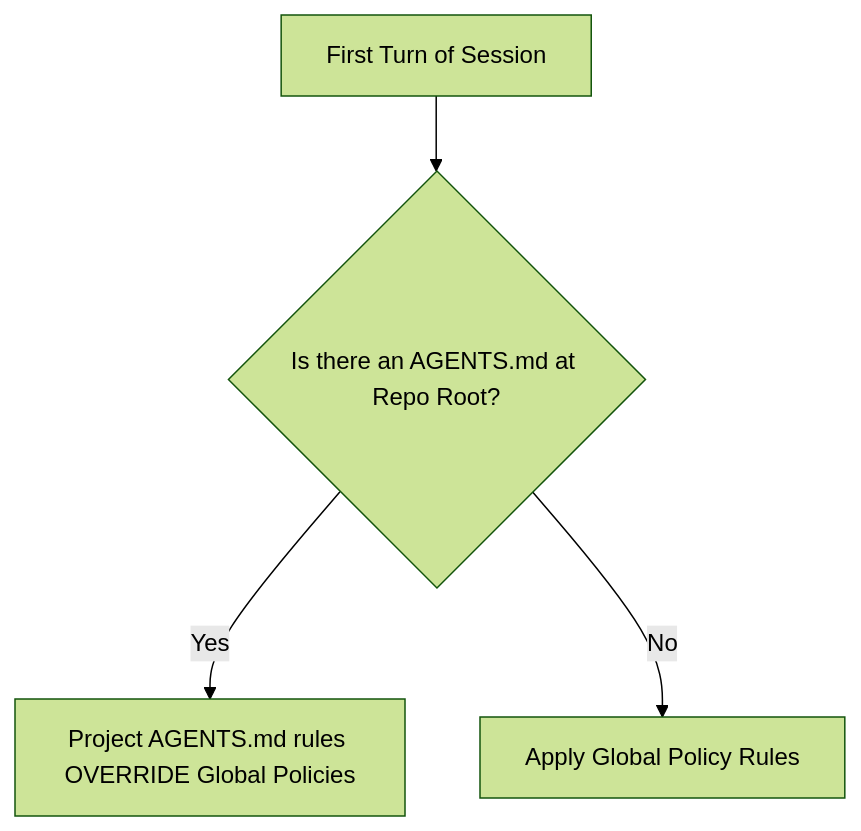
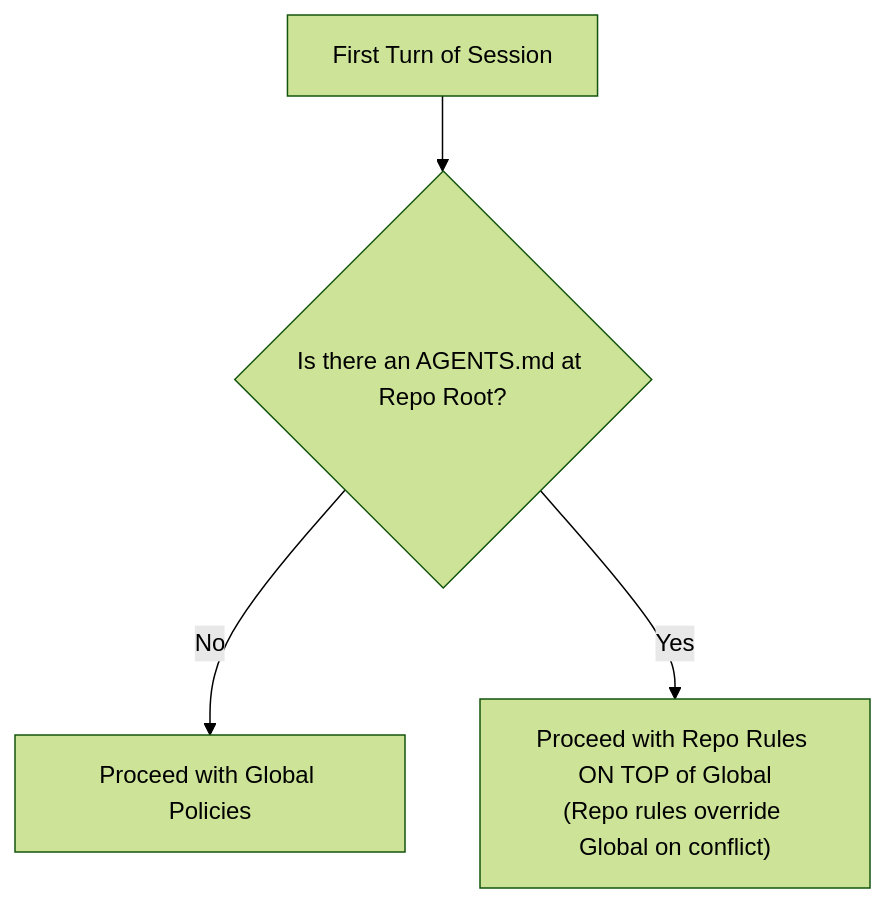
One commit to loerei/myskills changed the first of 7 diagrams in AGENTS.md. Above: the diagram before and after it, drawn with Mermaid (forest theme). The commit also changed other lines of this file, not shown here.

Commit message:
docs: clarify Phase 0 workspace override layering logic

````diff
--- a/AGENTS.md
+++ b/AGENTS.md
@@ -5,6 +5,6 @@
 ```mermaid
 flowchart TD
     TurnStart["First Turn of Session"] --> CheckRepoAgents{"Is there an AGENTS.md at Repo Root?"}
-    CheckRepoAgents -->|"Yes"| ApplyRepoRules["Project AGENTS.md rules OVERRIDE Global Policies"]
-    CheckRepoAgents -->|"No"| ApplyGlobalRules["Apply Global Policy Rules"]
+    CheckRepoAgents -->|"No"| ApplyGlobal["Proceed with Global Policies"]
+    CheckRepoAgents -->|"Yes"| ApplyLayered["Proceed with Repo Rules ON TOP of Global<br/>(Repo rules override Global on conflict)"]
 ```
````
